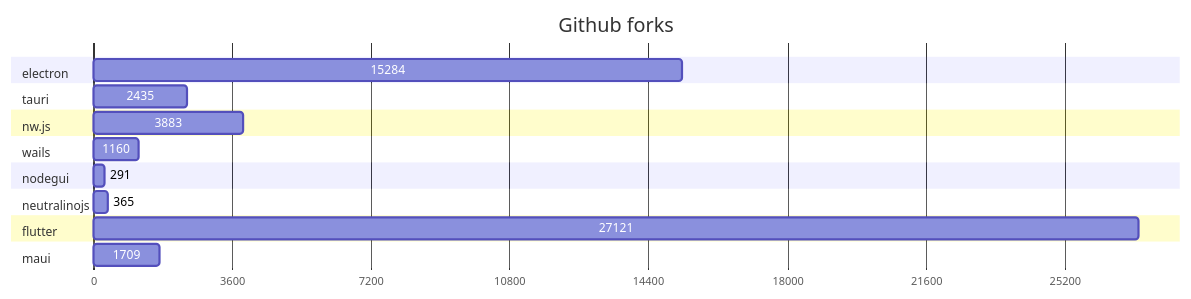
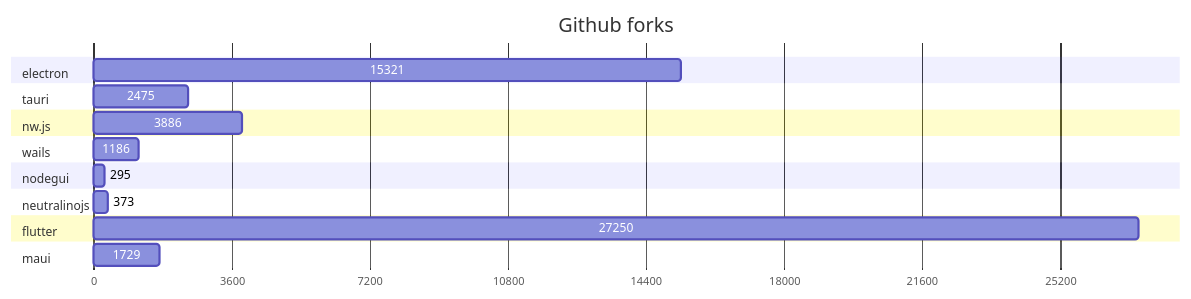
The second of 2 diagrams in GRAPHS.md (Elanis/web-to-desktop-framework-comparison), drawn with Mermaid before and after one commit. The commit also changed other lines of this file and 2 other files, not shown here.

Commit message:
Update stars & Fork

````diff
--- a/GRAPHS.md
+++ b/GRAPHS.md
@@ -47,40 +47,40 @@
 ```mermaid
 gantt
     title Github forks
     dateFormat  X
     axisFormat %s
 
 
 	section electron
-	15284 : 0, 15284
+	15321 : 0, 15321
 
 	
 	section tauri
-	2435 : 0, 2435
+	2475 : 0, 2475
 
 	
 	section nw.js
-	3883 : 0, 3883
+	3886 : 0, 3886
 
 	
 	section wails
-	1160 : 0, 1160
+	1186 : 0, 1186
 
 	
 	section nodegui
-	291 : 0, 291
+	295 : 0, 295
 
 	
 	section neutralinojs
-	365 : 0, 365
+	373 : 0, 373
 
 	
 	section flutter
-	27121 : 0, 27121
+	27250 : 0, 27250
 
 	
 	section maui
-	1709 : 0, 1709
+	1729 : 0, 1729
 
 	
 ```
````
